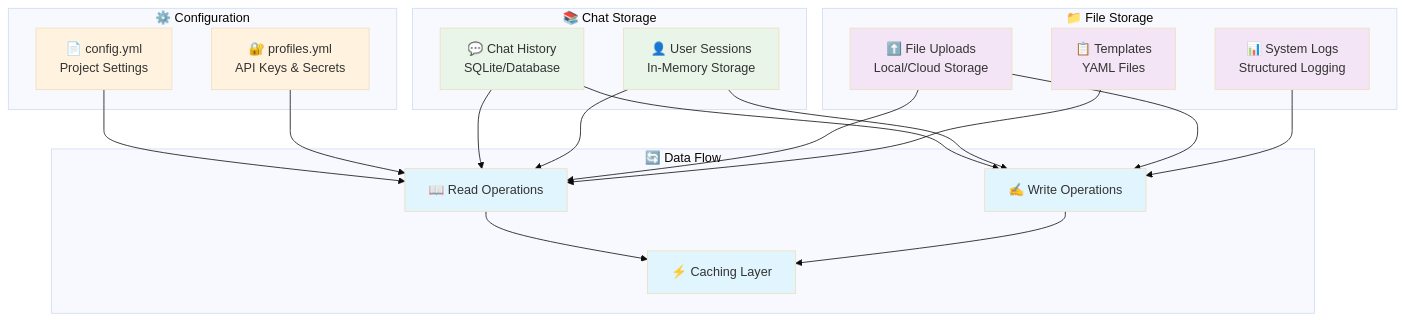
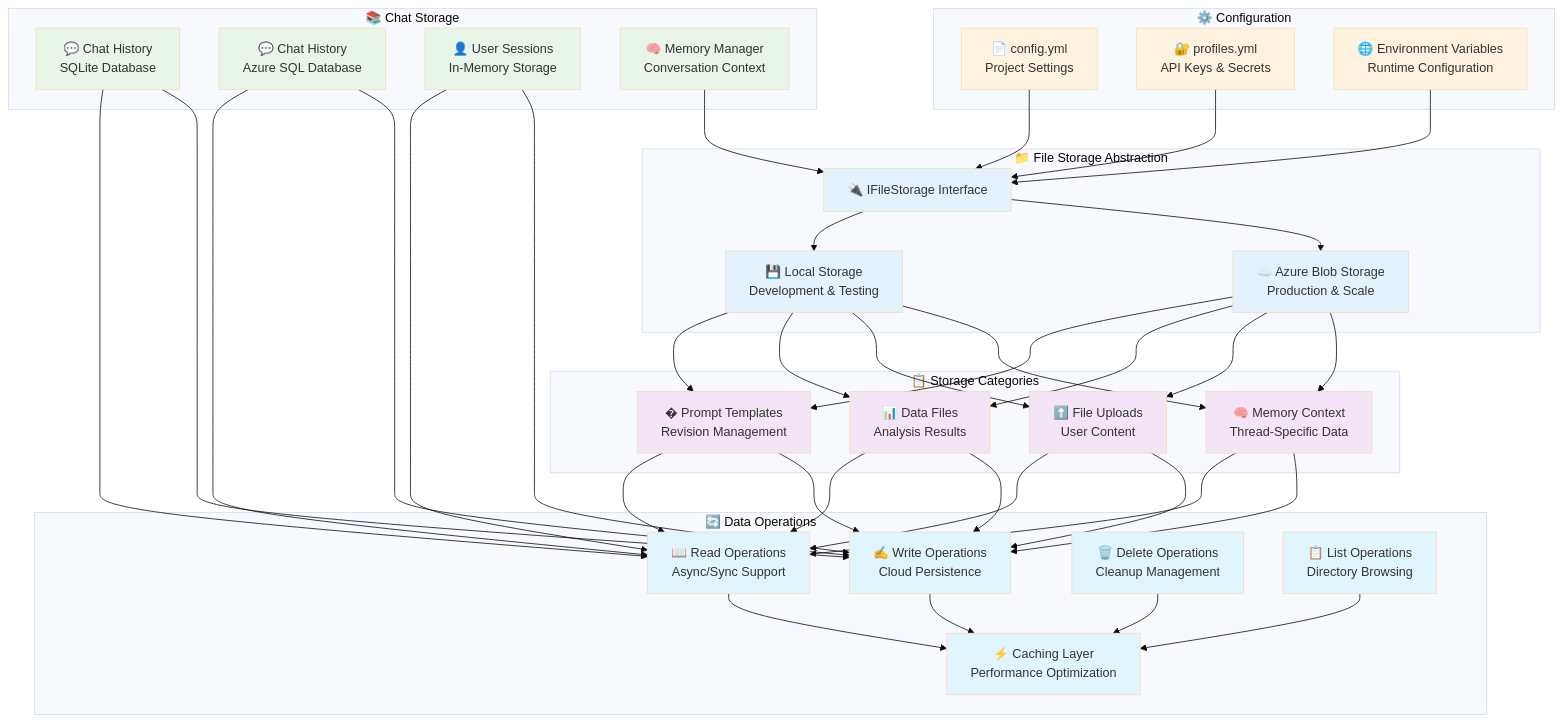
The fifth of 13 diagrams in docs/architecture/README.md (the-ingenious-dark-knight/Insight_Ingenious), drawn with Mermaid (base theme) before and after one commit. The commit also changed other lines of this file and 17 other files, not shown here.

````diff
--- a/docs/architecture/README.md
+++ b/docs/architecture/README.md
@@ -206,46 +206,85 @@
     subgraph "⚙️ Configuration"
         CONFIG_YML[📄 config.yml<br/>Project Settings]
         PROFILES_YML[🔐 profiles.yml<br/>API Keys & Secrets]
+        ENV_VARS[🌐 Environment Variables<br/>Runtime Configuration]
     end
 
     subgraph "📚 Chat Storage"
-        HISTORY[💬 Chat History<br/>SQLite/Database]
+        HISTORY_SQLITE[💬 Chat History<br/>SQLite Database]
+        HISTORY_AZURE[💬 Chat History<br/>Azure SQL Database]
         SESSIONS[👤 User Sessions<br/>In-Memory Storage]
+        MEMORY_MGR[🧠 Memory Manager<br/>Conversation Context]
     end
 
-    subgraph "📁 File Storage"
-        UPLOADS[⬆️ File Uploads<br/>Local/Cloud Storage]
-        TEMPLATES[📋 Templates<br/>YAML Files]
-        LOGS[📊 System Logs<br/>Structured Logging]
+    subgraph "📁 File Storage Abstraction"
+        STORAGE_INTERFACE[🔌 IFileStorage Interface]
+        LOCAL_STORAGE[💾 Local Storage<br/>Development & Testing]
+        AZURE_BLOB[☁️ Azure Blob Storage<br/>Production & Scale]
     end
 
-    subgraph "🔄 Data Flow"
-        READ[📖 Read Operations]
-        WRITE[✍️ Write Operations]
-        CACHE[⚡ Caching Layer]
+    subgraph "📋 Storage Categories"
+        PROMPTS[� Prompt Templates<br/>Revision Management]
+        DATA_FILES[📊 Data Files<br/>Analysis Results]
+        UPLOADS[⬆️ File Uploads<br/>User Content]
+        MEMORY_FILES[🧠 Memory Context<br/>Thread-Specific Data]
     end
 
-    CONFIG_YML --> READ
-    PROFILES_YML --> READ
-    HISTORY --> READ
-    HISTORY --> WRITE
+    subgraph "🔄 Data Operations"
+        READ[📖 Read Operations<br/>Async/Sync Support]
+        WRITE[✍️ Write Operations<br/>Cloud Persistence]
+        DELETE[🗑️ Delete Operations<br/>Cleanup Management]
+        LIST[📋 List Operations<br/>Directory Browsing]
+        CACHE[⚡ Caching Layer<br/>Performance Optimization]
+    end
+
+    CONFIG_YML --> STORAGE_INTERFACE
+    PROFILES_YML --> STORAGE_INTERFACE
+    ENV_VARS --> STORAGE_INTERFACE
+
+    STORAGE_INTERFACE --> LOCAL_STORAGE
+    STORAGE_INTERFACE --> AZURE_BLOB
+
+    LOCAL_STORAGE --> PROMPTS
+    LOCAL_STORAGE --> DATA_FILES
+    LOCAL_STORAGE --> UPLOADS
+    LOCAL_STORAGE --> MEMORY_FILES
+
+    AZURE_BLOB --> PROMPTS
+    AZURE_BLOB --> DATA_FILES
+    AZURE_BLOB --> UPLOADS
+    AZURE_BLOB --> MEMORY_FILES
+
+    MEMORY_MGR --> STORAGE_INTERFACE
+    HISTORY_SQLITE --> READ
+    HISTORY_AZURE --> READ
     SESSIONS --> READ
+    PROMPTS --> READ
+    DATA_FILES --> READ
+    UPLOADS --> READ
+    MEMORY_FILES --> READ
+
+    HISTORY_SQLITE --> WRITE
+    HISTORY_AZURE --> WRITE
     SESSIONS --> WRITE
-    UPLOADS --> READ
+    PROMPTS --> WRITE
+    DATA_FILES --> WRITE
     UPLOADS --> WRITE
-    TEMPLATES --> READ
-    LOGS --> WRITE
+    MEMORY_FILES --> WRITE
 
     READ --> CACHE
     WRITE --> CACHE
+    DELETE --> CACHE
+    LIST --> CACHE
 
     classDef config fill:#fff3e0
     classDef chat fill:#e8f5e8
-    classDef files fill:#f3e5f5
-    classDef flow fill:#e1f5fe
+    classDef storage fill:#e3f2fd
+    classDef categories fill:#f3e5f5
+    classDef operations fill:#e1f5fe
 
-    class CONFIG_YML,PROFILES_YML config
-    class HISTORY,SESSIONS chat
-    class UPLOADS,TEMPLATES,LOGS files
-    class READ,WRITE,CACHE flow
+    class CONFIG_YML,PROFILES_YML,ENV_VARS config
+    class HISTORY_SQLITE,HISTORY_AZURE,SESSIONS,MEMORY_MGR chat
+    class STORAGE_INTERFACE,LOCAL_STORAGE,AZURE_BLOB storage
+    class PROMPTS,DATA_FILES,UPLOADS,MEMORY_FILES categories
+    class READ,WRITE,DELETE,LIST,CACHE operations
 ```
````
